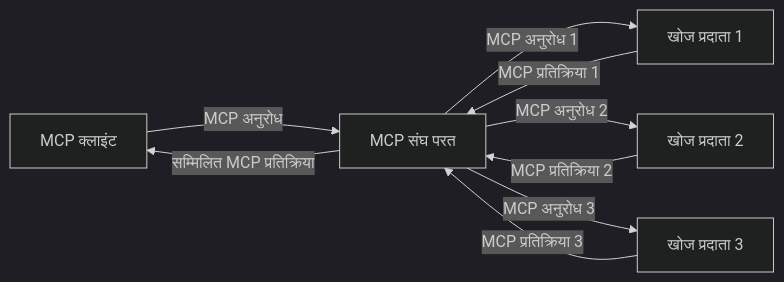
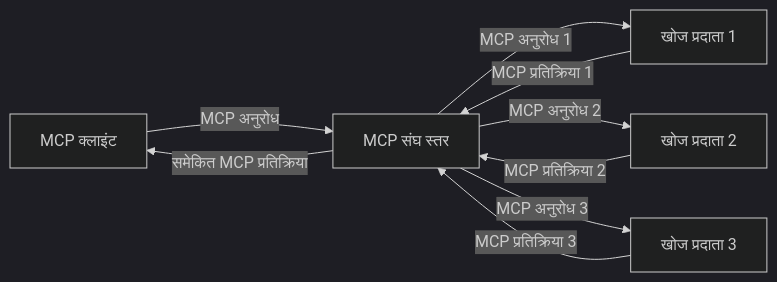
Before and after one commit to microsoft/mcp-for-beginners: the third of 4 diagrams in translations/hi/05-AdvancedTopics/mcp-realtimesearch/README.md, drawn with Mermaid (dark theme). The commit also changed other lines of this file and 110 other files, not shown here.

````diff
--- a/translations/hi/05-AdvancedTopics/mcp-realtimesearch/README.md
+++ b/translations/hi/05-AdvancedTopics/mcp-realtimesearch/README.md
@@ -610,11 +612,11 @@
 ```mermaid
 graph LR
-    Client[MCP क्लाइंट] --> |MCP अनुरोध| Federation[MCP संघ परत]
+    Client[MCP क्लाइंट] --> |MCP अनुरोध| Federation[MCP संघ स्तर]
     Federation --> |MCP अनुरोध 1| Search1[खोज प्रदाता 1]
     Federation --> |MCP अनुरोध 2| Search2[खोज प्रदाता 2]
     Federation --> |MCP अनुरोध 3| Search3[खोज प्रदाता 3]
     Search1 --> |MCP प्रतिक्रिया 1| Federation
     Search2 --> |MCP प्रतिक्रिया 2| Federation
     Search3 --> |MCP प्रतिक्रिया 3| Federation
-    Federation --> |सम्मिलित MCP प्रतिक्रिया| Client
+    Federation --> |समेकित MCP प्रतिक्रिया| Client
 ```
````
